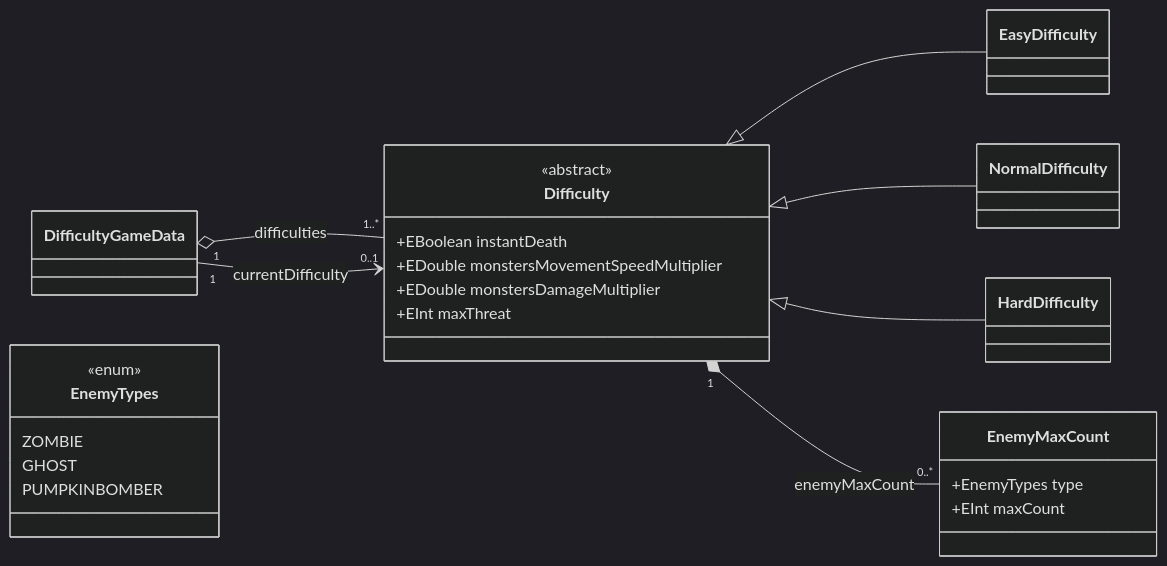
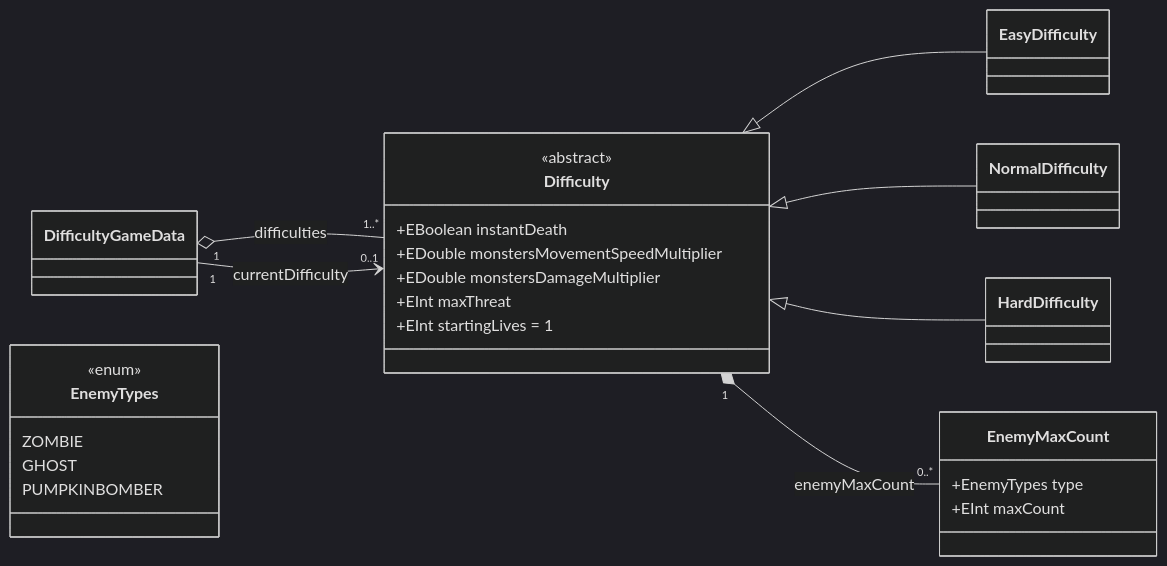
Before and after one commit to itnifl/MazeGame: the first of 2 diagrams in main.game.maze.difficulties/readme.md, drawn with Mermaid (dark theme). The commit also changed other lines of this file and 149 other files, not shown here.

````diff
--- a/main.game.maze.difficulties/readme.md
+++ b/main.game.maze.difficulties/readme.md
@@ -28,32 +28,33 @@
 ```mermaid
 classDiagram
     direction LR
     class DifficultyGameData
     class Difficulty {
         <<abstract>>
         +EBoolean instantDeath
         +EDouble monstersMovementSpeedMultiplier
         +EDouble monstersDamageMultiplier
         +EInt maxThreat
+        +EInt startingLives = 1
     }
     class EasyDifficulty
     class NormalDifficulty
     class HardDifficulty
     class EnemyMaxCount {
         +EnemyTypes type
         +EInt maxCount
     }
     class EnemyTypes {
         <<enum>>
         ZOMBIE
         GHOST
         PUMPKINBOMBER
     }
 
     Difficulty <|-- EasyDifficulty
     Difficulty <|-- NormalDifficulty
     Difficulty <|-- HardDifficulty
     DifficultyGameData "1" o-- "1..*" Difficulty : difficulties
     DifficultyGameData "1" --> "0..1" Difficulty : currentDifficulty
     Difficulty "1" *-- "0..*" EnemyMaxCount : enemyMaxCount
 ```
````
